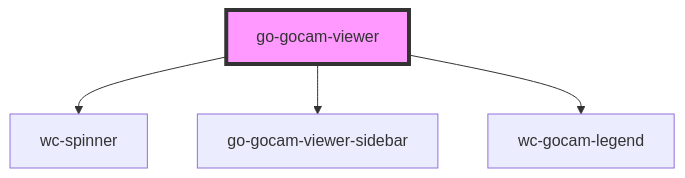
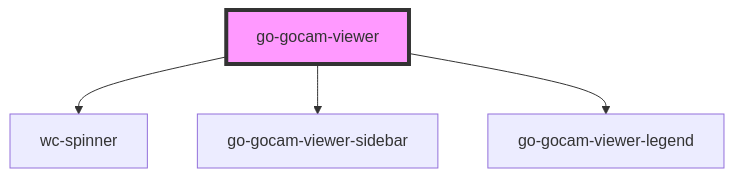
One commit to geneontology/web-components changed the diagram in src/components/gocam-viewer/readme.md. Above: the diagram before and after it, drawn with Mermaid. The commit also changed other lines of this file and 8 other files, not shown here.

Commit message:
Rename wc-gocam-legend to go-gocam-viewer-legend

````diff
--- a/src/components/gocam-viewer/readme.md
+++ b/src/components/gocam-viewer/readme.md
@@ -175,7 +175,7 @@
 ```mermaid
 graph TD;
   go-gocam-viewer --> wc-spinner
   go-gocam-viewer --> go-gocam-viewer-sidebar
-  go-gocam-viewer --> wc-gocam-legend
+  go-gocam-viewer --> go-gocam-viewer-legend
   style go-gocam-viewer fill:#f9f,stroke:#333,stroke-width:4px
 ```
````
